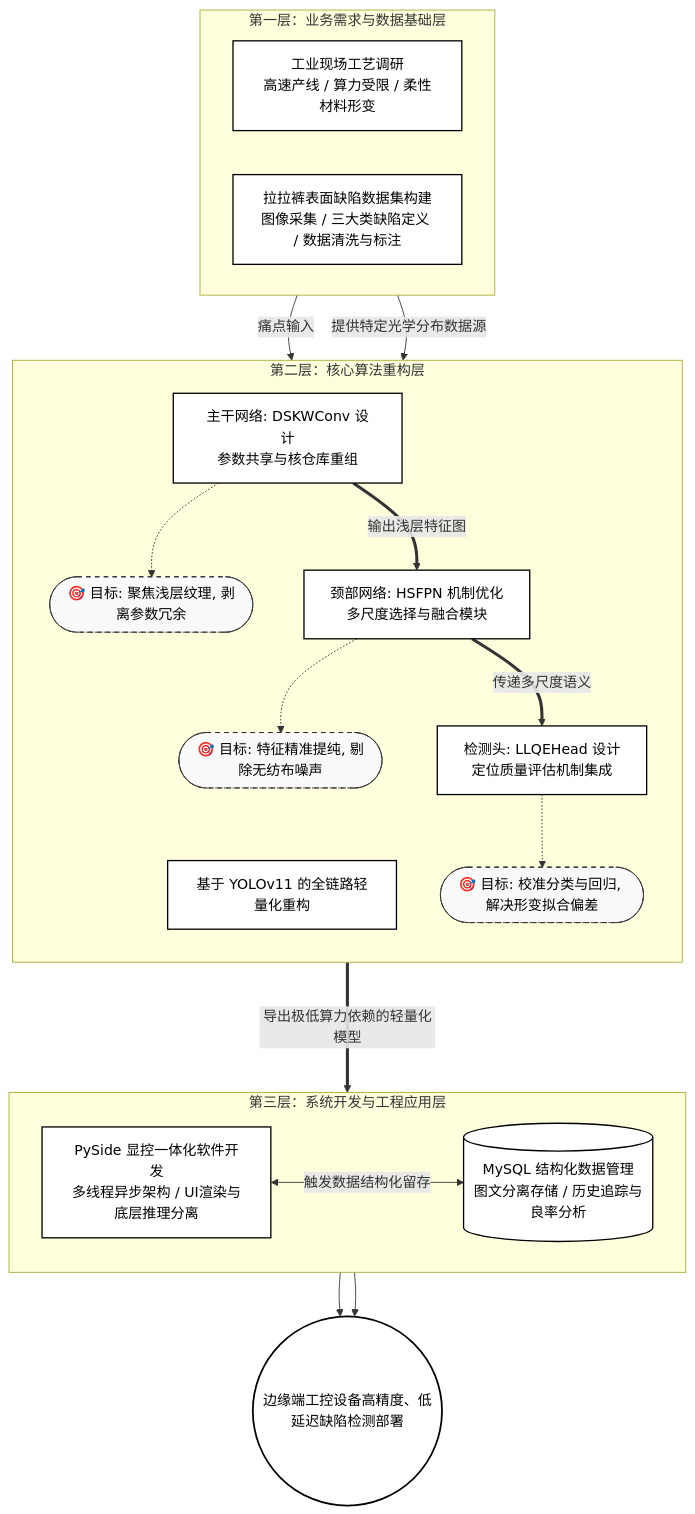
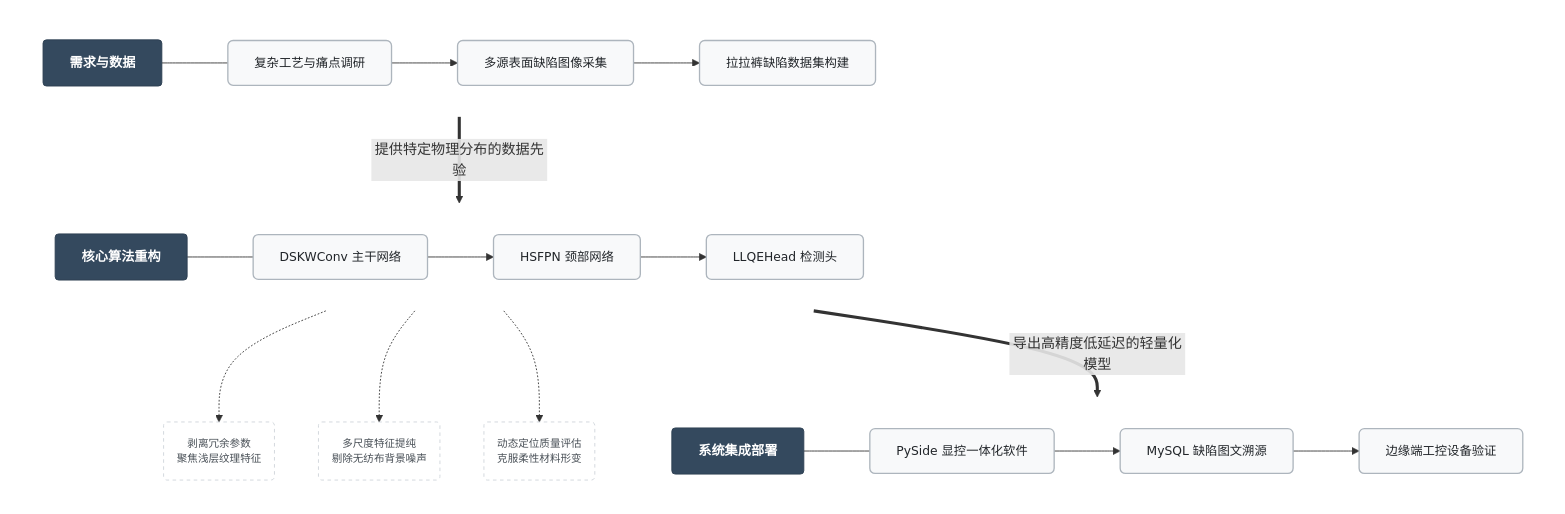
One commit to MAOSHENGsong/iodraw-files changed the diagram in all/未命名-7.md. Above: the diagram before and after it, drawn with Mermaid.

Commit message:
2026-05-11 19:12:41 update

````diff
--- a/all/未命名-7.md
+++ b/all/未命名-7.md
@@ -1,51 +1,58 @@
 ```mermaid
-graph TD
-    classDef default fill:#FFFFFF,stroke:#000000,stroke-width:1.5px,color:#000000;
-    classDef target fill:#F9F9F9,stroke:#333333,stroke-width:1px,stroke-dasharray: 5 5;
-    classDef database fill:#FFFFFF,stroke:#000000,stroke-width:1.5px,shape:cylinder;
-    classDef result fill:#FFFFFF,stroke:#000000,stroke-width:2px,rx:10px,ry:10px;
+flowchart TB
+    %% 全局样式定义 (参照工科论文常见的严谨冷色调风格)
+    classDef Tag fill:#34495e,stroke:#2c3e50,stroke-width:1px,color:#ffffff,rx:4px,ry:4px,font-weight:bold,font-size:15px
+    classDef Process fill:#f8f9fa,stroke:#adb5bd,stroke-width:1.5px,color:#212529,rx:6px,ry:6px,font-size:14px
+    classDef Detail fill:#ffffff,stroke:#ced4da,stroke-width:1px,stroke-dasharray: 4 4,color:#495057,rx:4px,ry:4px,font-size:12px
 
-    subgraph Layer1 [第一层：业务需求与数据基础层]
+    %% 第一层：需求与数据
+    subgraph Layer1 [ ]
         direction LR
-        A[工业现场工艺调研<br>高速产线 / 算力受限 / 柔性材料形变]
-        B[拉拉裤表面缺陷数据集构建<br>图像采集 / 三大类缺陷定义 / 数据清洗与标注]
+        tag1[需求与数据]:::Tag
+        p1[复杂工艺与痛点调研]:::Process
+        p2[多源表面缺陷图像采集]:::Process
+        p3[拉拉裤缺陷数据集构建]:::Process
+        
+        tag1 --- p1 --> p2 --> p3
     end
 
-    subgraph Layer2 [第二层：核心算法重构层]
-        direction TB
-        C[基于 YOLOv11 的全链路轻量化重构]
+    %% 第二层：核心算法重构
+    subgraph Layer2 [ ]
+        direction LR
+        tag2[核心算法重构]:::Tag
+        p4[DSKWConv 主干网络]:::Process
+        p5[HSFPN 颈部网络]:::Process
+        p6[LLQEHead 检测头]:::Process
         
-        C1[主干网络: DSKWConv 设计<br>参数共享与核仓库重组] 
-        T1([🎯 目标: 聚焦浅层纹理, 剥离参数冗余])
-        C1 -.-> T1
-        
-        C2[颈部网络: HSFPN 机制优化<br>多尺度选择与融合模块] 
-        T2([🎯 目标: 特征精准提纯, 剔除无纺布噪声])
-        C2 -.-> T2
-        
-        C3[检测头: LLQEHead 设计<br>定位质量评估机制集成] 
-        T3([🎯 目标: 校准分类与回归, 解决形变拟合偏差])
-        C3 -.-> T3
-        
-        C1 ==>|输出浅层特征图| C2
-        C2 ==>|传递多尺度语义| C3
+        tag2 --- p4 --> p5 --> p6
     end
 
-    subgraph Layer3 [第三层：系统开发与工程应用层]
+    %% 第三层：系统集成部署
+    subgraph Layer3 [ ]
         direction LR
-        D[PySide 显控一体化软件开发<br>多线程异步架构 / UI渲染与底层推理分离]
-        E[(MySQL 结构化数据管理<br>图文分离存储 / 历史追踪与良率分析)]
+        tag3[系统集成部署]:::Tag
+        p7[PySide 显控一体化软件]:::Process
+        p8[MySQL 缺陷图文溯源]:::Process
+        p9[边缘端工控设备验证]:::Process
+        
+        tag3 --- p7 --> p8 --> p9
     end
 
-    F((边缘端工控设备高精度、低延迟缺陷检测部署))
-    class F result;
-    class E database;
-    class T1,T2,T3 target;
+    %% 模块间的纵向逻辑连接
+    p3 ==>|提供特定物理分布的数据先验| tag2
+    p6 ==>|导出高精度低延迟的轻量化模型| tag3
 
-    A -->|痛点输入| C
-    B -->|提供特定光学分布数据源| C
-    C3 ===>|导出极低算力依赖的轻量化模型| D
-    D <-->|触发数据结构化留存| E
-    D --> F
-    E --> F
+    %% 算法核心细节的虚线挂载
+    d1(剥离冗余参数<br>聚焦浅层纹理特征):::Detail
+    d2(多尺度特征提纯<br>剔除无纺布背景噪声):::Detail
+    d3(动态定位质量评估<br>克服柔性材料形变):::Detail
+
+    p4 -.-> d1
+    p5 -.-> d2
+    p6 -.-> d3
+    
+    %% 隐藏默认的子图边框以实现极简排版
+    style Layer1 fill:none,stroke:none
+    style Layer2 fill:none,stroke:none
+    style Layer3 fill:none,stroke:none
 ```
````
